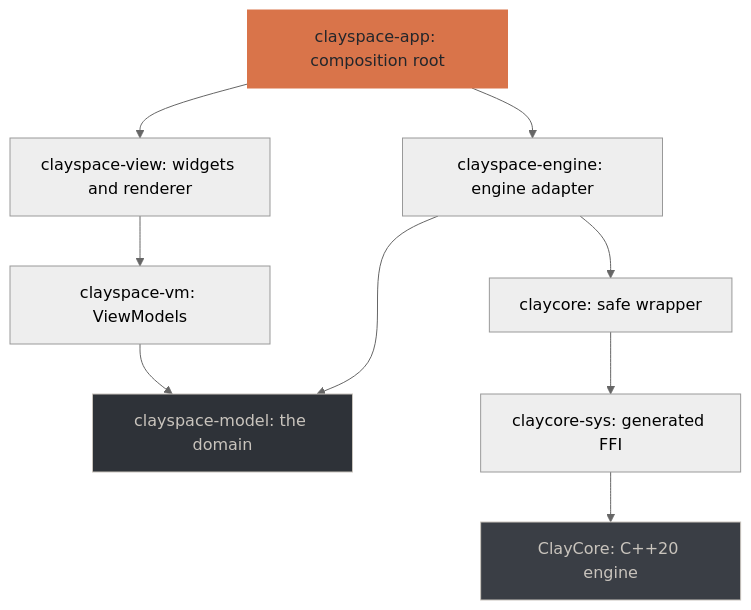
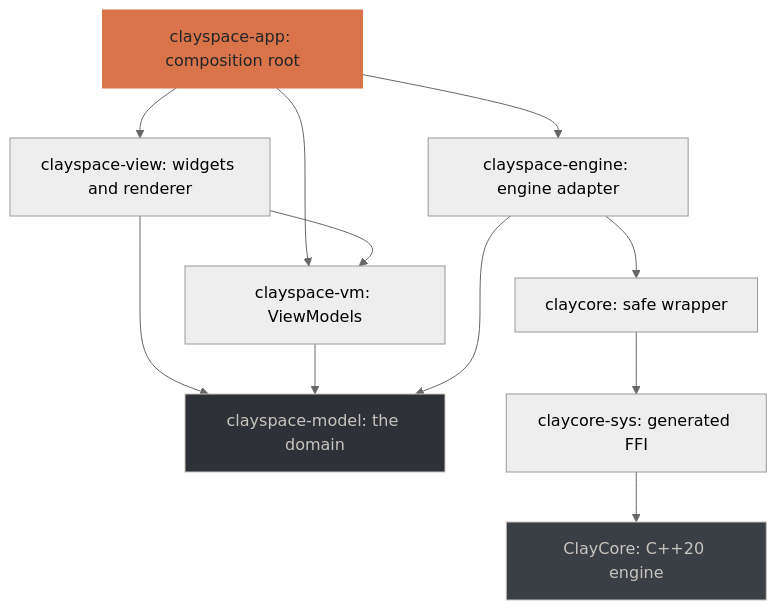
One commit to CyberdyneCorp/ClaySpaceDesktop changed the third of 7 diagrams in README.md. Above: the diagram before and after it, drawn with Mermaid (neutral theme). The commit also changed other lines of this file and 22 other files, not shown here.

````diff
--- a/README.md
+++ b/README.md
@@ -218,24 +720,26 @@
 ```mermaid
 graph TD
     APP["clayspace-app: composition root"]
     VIEW["clayspace-view: widgets and renderer"]
     VM["clayspace-vm: ViewModels"]
     MODEL["clayspace-model: the domain"]
     ENGINE["clayspace-engine: engine adapter"]
     SAFE["claycore: safe wrapper"]
     SYS["claycore-sys: generated FFI"]
     CLAY["ClayCore: C++20 engine"]
 
     APP --> VIEW
+    APP --> VM
     APP --> ENGINE
     VIEW --> VM
+    VIEW --> MODEL
     VM --> MODEL
     ENGINE --> MODEL
     ENGINE --> SAFE
     SAFE --> SYS
     SYS --> CLAY
 
     style MODEL fill:#2E3238,stroke:#C9C4BD,color:#C9C4BD
     style APP fill:#D9744A,stroke:#D9744A,color:#23262B
     style CLAY fill:#3A3E45,stroke:#C9C4BD,color:#C9C4BD
 ```
````
